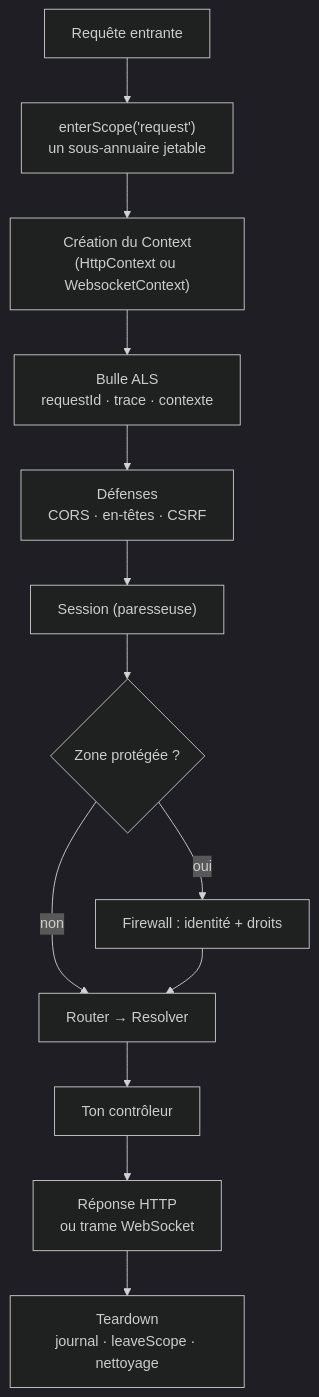
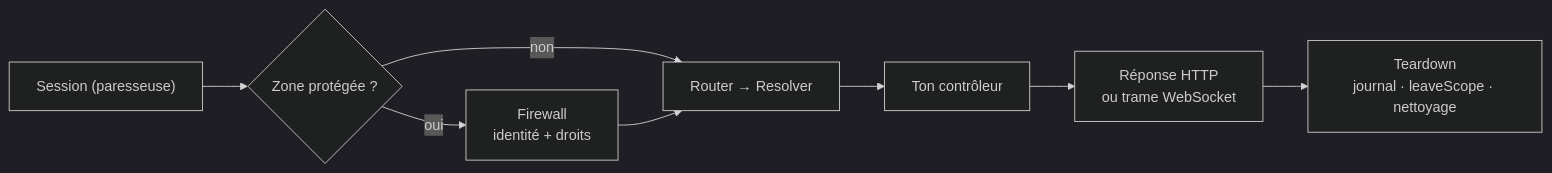
The fourth of 5 diagrams in docs/architecture/vue-ensemble.md (nodefony/nodefony-core), drawn with Mermaid (dark theme) before and after one commit. The commit also changed other lines of this file and 2 other files, not shown here.

````diff
--- a/docs/architecture/vue-ensemble.md
+++ b/docs/architecture/vue-ensemble.md
@@ -344,15 +354,10 @@
 ```mermaid
-flowchart TD
-  IN["Requête entrante"] --> SC["enterScope('request')<br/>un sous-annuaire jetable"]
-  SC --> CX["Création du Context<br/>(HttpContext ou WebsocketContext)"]
-  CX --> ALS["Bulle ALS<br/>requestId · trace · contexte"]
-  ALS --> DEF["Défenses<br/>CORS · en-têtes · CSRF"]
-  DEF --> SESS["Session (paresseuse)"]
-  SESS --> FWD{"Zone protégée ?"}
+flowchart LR
+  SESS["Session (paresseuse)"] --> FWD{"Zone protégée ?"}
   FWD -->|non| RES["Router → Resolver"]
-  FWD -->|oui| AUTH["Firewall : identité + droits"]
+  FWD -->|oui| AUTH["Firewall<br/>identité + droits"]
   AUTH --> RES
   RES --> CTRL["Ton contrôleur"]
   CTRL --> OUT["Réponse HTTP<br/>ou trame WebSocket"]
   OUT --> TD["Teardown<br/>journal · leaveScope · nettoyage"]
 ```
````
